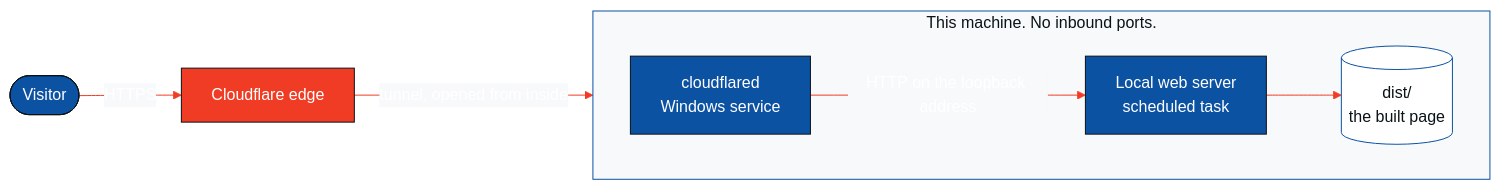
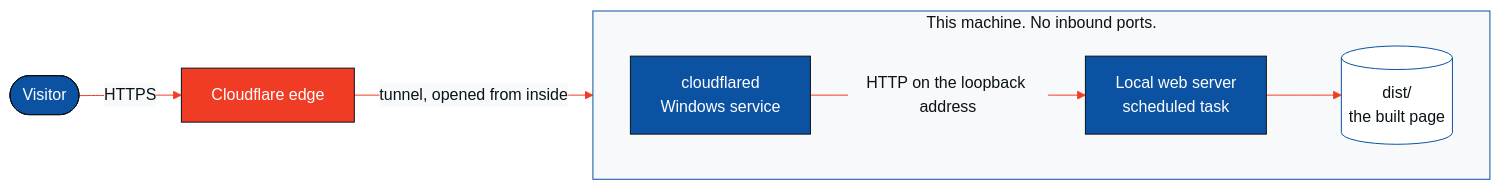
The second of 4 diagrams in README.md (aniksarakash/SPSL_DEV_LANDING), drawn with Mermaid before and after one commit. The commit also changed other lines of this file and 1 other file, not shown here.

````diff
--- a/README.md
+++ b/README.md
@@ -105,17 +106,18 @@
 ```mermaid
-%%{init: {"theme":"base","themeVariables":{"primaryColor":"#0C52A3","primaryTextColor":"#FFFFFF","primaryBorderColor":"#0B1317","lineColor":"#F03C24","secondaryColor":"#F7F9FA","tertiaryColor":"#E9EEF2","edgeLabelBackground":"#F7F9FA","clusterBkg":"#F7F9FA","clusterBorder":"#0C52A3","titleColor":"#0B1317","fontFamily":"Arial, sans-serif"}}}%%
+%%{init: {"theme":"base","themeVariables":{"primaryColor":"#0C52A3","primaryTextColor":"#0B1317","primaryBorderColor":"#0B1317","lineColor":"#F03C24","secondaryColor":"#F7F9FA","tertiaryColor":"#E9EEF2","edgeLabelBackground":"#F7F9FA","clusterBkg":"#F7F9FA","clusterBorder":"#0C52A3","titleColor":"#0B1317","fontFamily":"Arial, sans-serif"}}}%%
 flowchart LR
     V(["Visitor"]) -- "HTTPS" --> E["Cloudflare edge"]
     E -- "tunnel, opened from inside" --> C
 
     subgraph M["This machine. No inbound ports."]
         direction LR
         C["cloudflared<br/>Windows service"] -- "HTTP on the loopback address" --> S["Local web server<br/>scheduled task"]
         S --> D[("dist/<br/>the built page")]
     end
 
+    classDef default fill:#0C52A3,stroke:#0B1317,color:#FFFFFF
     classDef red fill:#F03C24,stroke:#0B1317,color:#FFFFFF
     classDef paper fill:#FFFFFF,stroke:#0C52A3,color:#0B1317
     class E red
     class D paper
 ```
````
